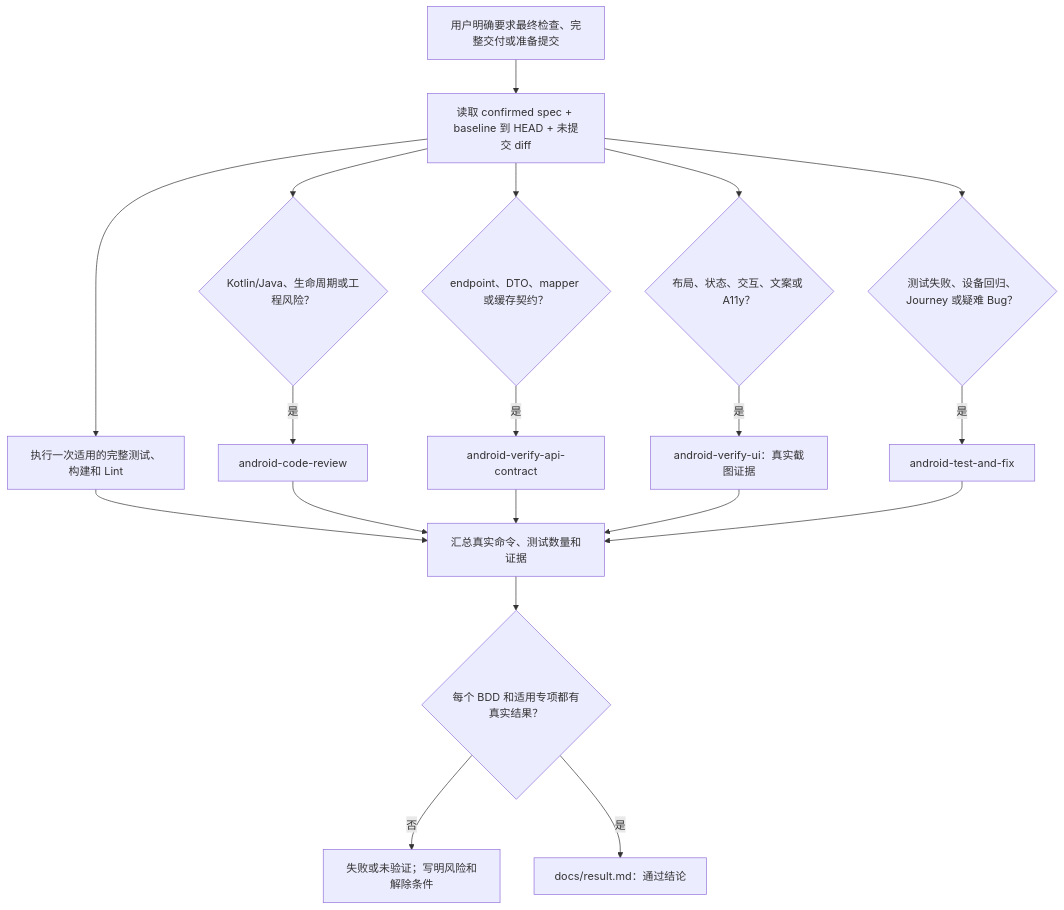
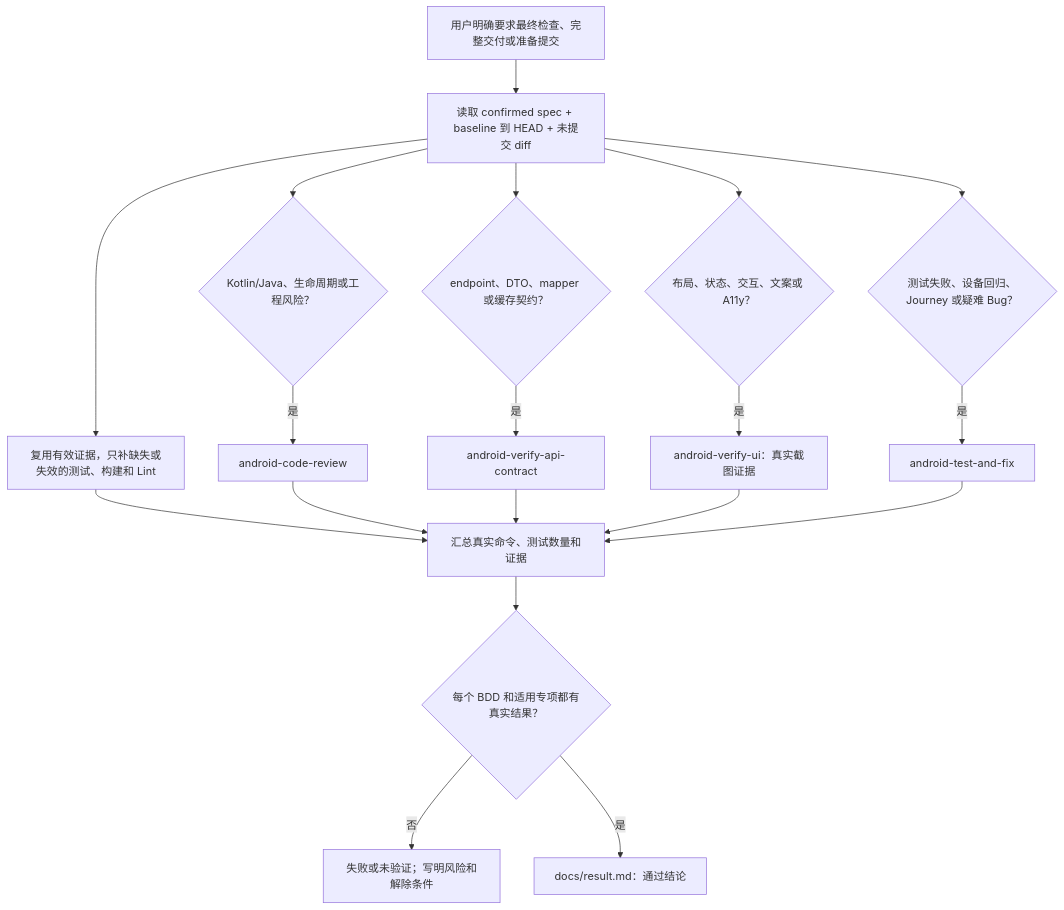
The sixth of 10 diagrams in docs/FLOW_DIAGRAMS.md (yejuntian/android-delivery-skills), drawn with Mermaid before and after one commit. The commit also changed other lines of this file and 4 other files, not shown here.

````diff
--- a/docs/FLOW_DIAGRAMS.md
+++ b/docs/FLOW_DIAGRAMS.md
@@ -180,21 +180,21 @@
 ```mermaid
 flowchart TD
     FINAL["用户明确要求最终检查、完整交付或准备提交"] --> DIFF["读取 confirmed spec + baseline 到 HEAD + 未提交 diff"]
-    DIFF --> TESTS["执行一次适用的完整测试、构建和 Lint"]
+    DIFF --> TESTS["复用有效证据，只补缺失或失效的测试、构建和 Lint"]
     DIFF --> CODE{"Kotlin/Java、生命周期或工程风险？"}
     DIFF --> API{"endpoint、DTO、mapper 或缓存契约？"}
     DIFF --> UI{"布局、状态、交互、文案或 A11y？"}
     DIFF --> DEVICE{"测试失败、设备回归、Journey 或疑难 Bug？"}
     CODE -- "是" --> REVIEW["android-code-review"]
     API -- "是" --> APICHECK["android-verify-api-contract"]
     UI -- "是" --> UICHECK["android-verify-ui：真实截图证据"]
     DEVICE -- "是" --> FIX["android-test-and-fix"]
     TESTS --> COLLECT["汇总真实命令、测试数量和证据"]
     REVIEW --> COLLECT
     APICHECK --> COLLECT
     UICHECK --> COLLECT
     FIX --> COLLECT
     COLLECT --> COMPLETE{"每个 BDD 和适用专项都有真实结果？"}
     COMPLETE -- "否" --> PARTIAL["失败或未验证；写明风险和解除条件"]
     COMPLETE -- "是" --> PASS["docs/result.md：通过结论"]
 ```
````
